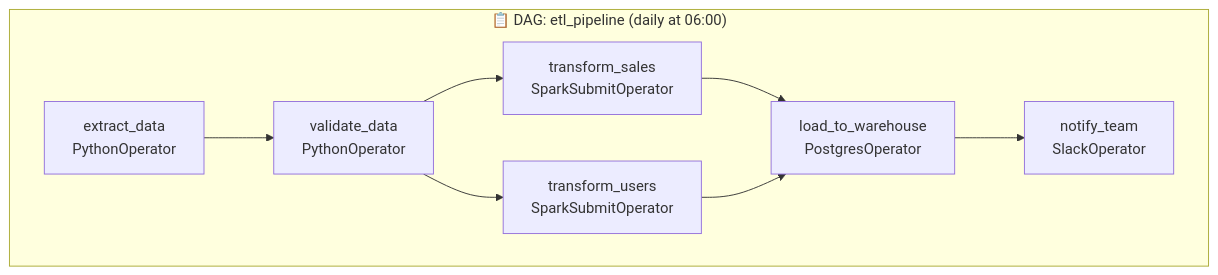
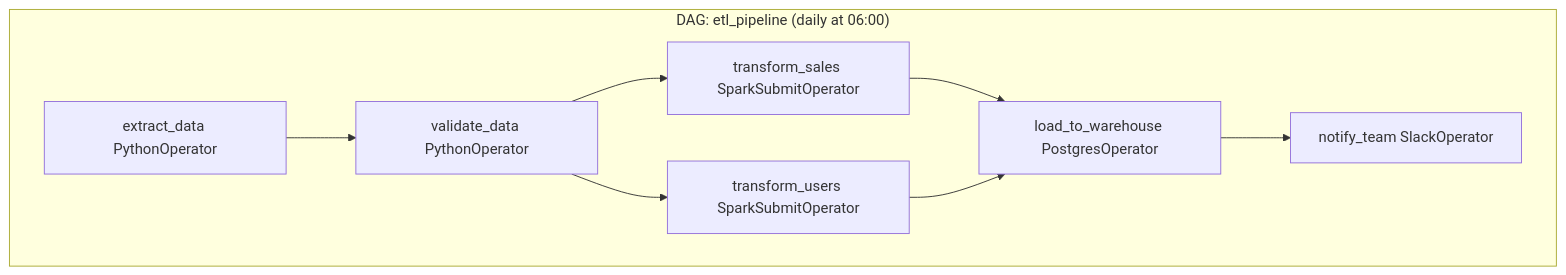
One commit to naveenkumar1661997/notes changed the second of 2 diagrams in airflow.md. Above: the diagram before and after it, drawn with Mermaid. The commit also changed other lines of this file and 12 other files, not shown here.

```diff
--- a/airflow.md
+++ b/airflow.md
@@ -70,19 +70,19 @@
 <pre class="mermaid">
 flowchart LR
-    subgraph DAG["📋 DAG: etl_pipeline (daily at 06:00)"]
+    subgraph DAG["DAG: etl_pipeline (daily at 06:00)"]
         direction LR
-        E["extract_data\nPythonOperator"]
-        V["validate_data\nPythonOperator"]
-        T1["transform_sales\nSparkSubmitOperator"]
-        T2["transform_users\nSparkSubmitOperator"]
-        L["load_to_warehouse\nPostgresOperator"]
-        N["notify_team\nSlackOperator"]
+        E["extract_data PythonOperator"]
+        V["validate_data PythonOperator"]
+        T1["transform_sales SparkSubmitOperator"]
+        T2["transform_users SparkSubmitOperator"]
+        L["load_to_warehouse PostgresOperator"]
+        N["notify_team SlackOperator"]
 
         E --> V
         V --> T1
         V --> T2
         T1 --> L
         T2 --> L
         L --> N
     end
 </pre>
```
